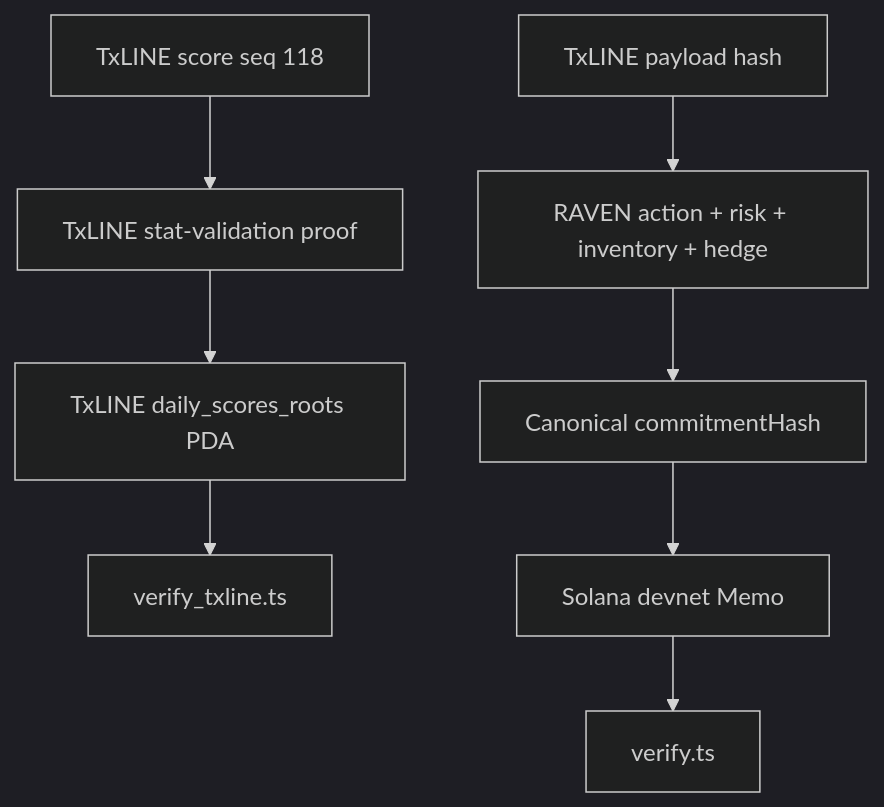
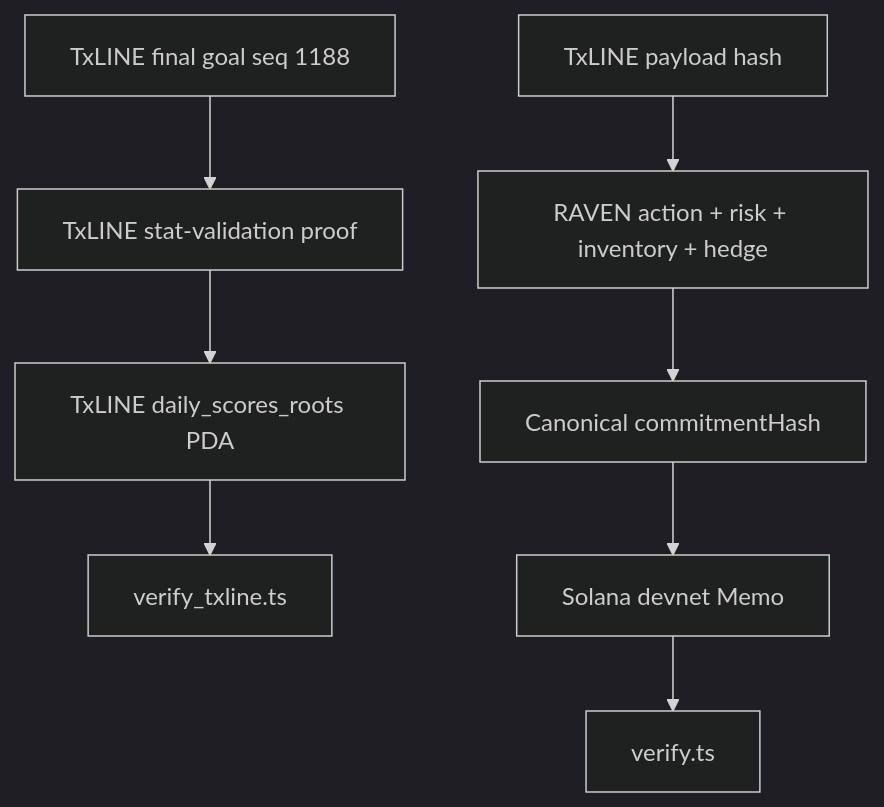
The third of 3 diagrams in README.md (karagozemin/RAVEN), drawn with Mermaid (dark theme) before and after one commit. The commit also changed other lines of this file and 26 other files, not shown here.

````diff
--- a/README.md
+++ b/README.md
@@ -211,11 +215,11 @@
 ```mermaid
 flowchart TB
-    SCORE[TxLINE score seq 118] --> MERKLE[TxLINE stat-validation proof]
+    SCORE[TxLINE final goal seq 1188] --> MERKLE[TxLINE stat-validation proof]
     MERKLE --> ROOT[TxLINE daily_scores_roots PDA]
     ROOT --> TV[verify_txline.ts]
 
     DATA[TxLINE payload hash] --> DECISION[RAVEN action + risk + inventory + hedge]
     DECISION --> COMMIT[Canonical commitmentHash]
     COMMIT --> MEMO[Solana devnet Memo]
     MEMO --> RV[verify.ts]
 ```
````
